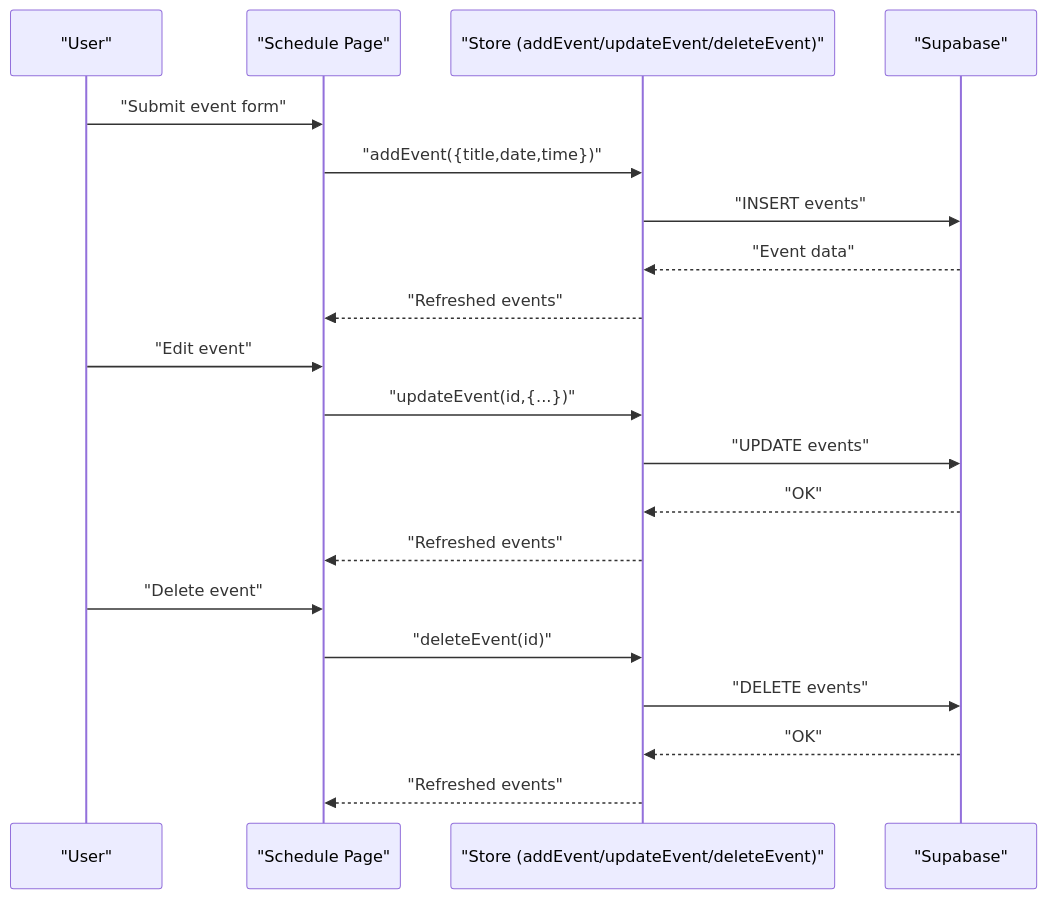
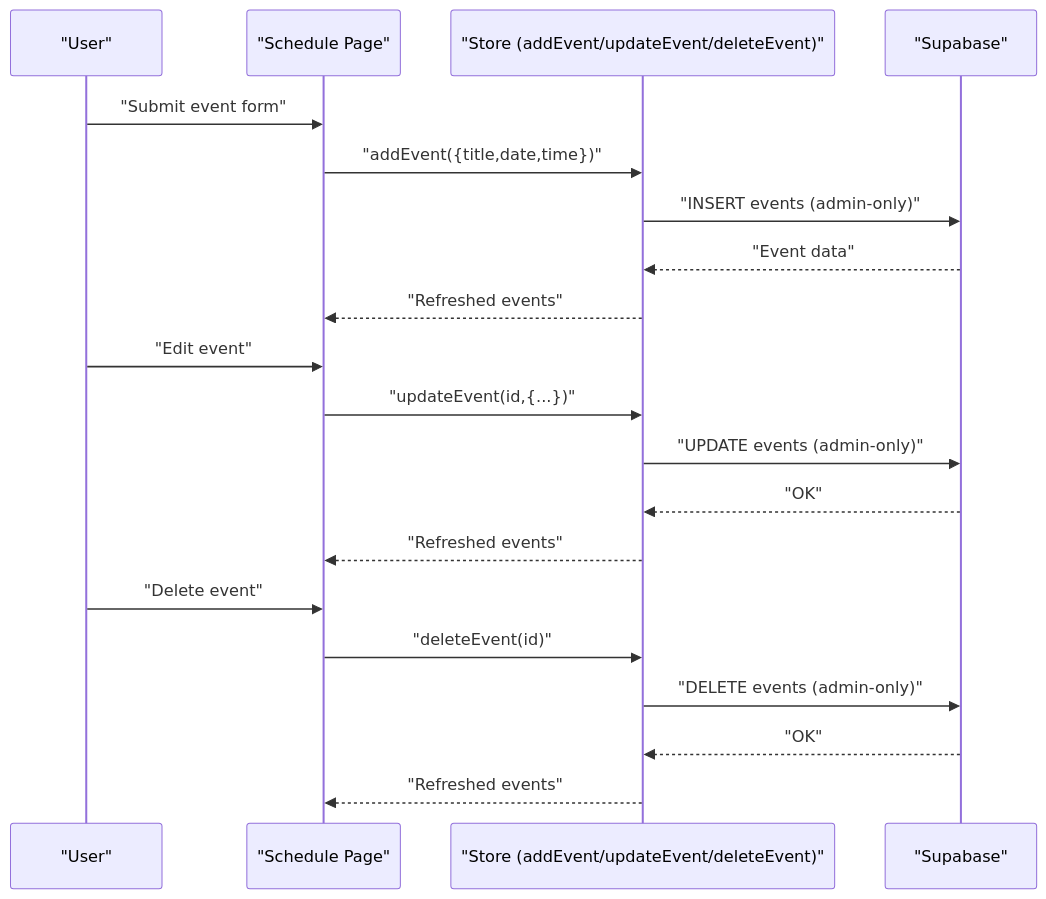
Before and after one commit to netdaniel/serveflow: the third of 12 diagrams in .qoder/repowiki/en/content/Service Scheduling Platform/Service Scheduling Platform.md, drawn with Mermaid. The commit also changed other lines of this file and 15 other files, not shown here.

````diff
--- a/.qoder/repowiki/en/content/Service Scheduling Platform/Service Scheduling Platform.md
+++ b/.qoder/repowiki/en/content/Service Scheduling Platform/Service Scheduling Platform.md
@@ -181,22 +194,22 @@
 ```mermaid
 sequenceDiagram
 participant U as "User"
 participant S as "Schedule Page"
 participant ST as "Store (addEvent/updateEvent/deleteEvent)"
 participant SB as "Supabase"
 U->>S : "Submit event form"
 S->>ST : "addEvent({title,date,time})"
-ST->>SB : "INSERT events"
+ST->>SB : "INSERT events (admin-only)"
 SB-->>ST : "Event data"
 ST-->>S : "Refreshed events"
 U->>S : "Edit event"
 S->>ST : "updateEvent(id,{...})"
-ST->>SB : "UPDATE events"
+ST->>SB : "UPDATE events (admin-only)"
 SB-->>ST : "OK"
 ST-->>S : "Refreshed events"
 U->>S : "Delete event"
 S->>ST : "deleteEvent(id)"
-ST->>SB : "DELETE events"
+ST->>SB : "DELETE events (admin-only)"
 SB-->>ST : "OK"
 ST-->>S : "Refreshed events"
 ```
````
